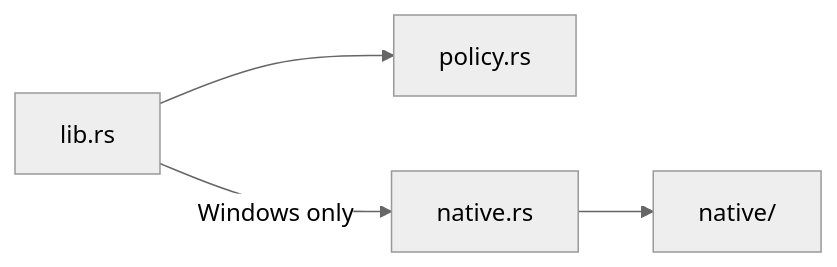
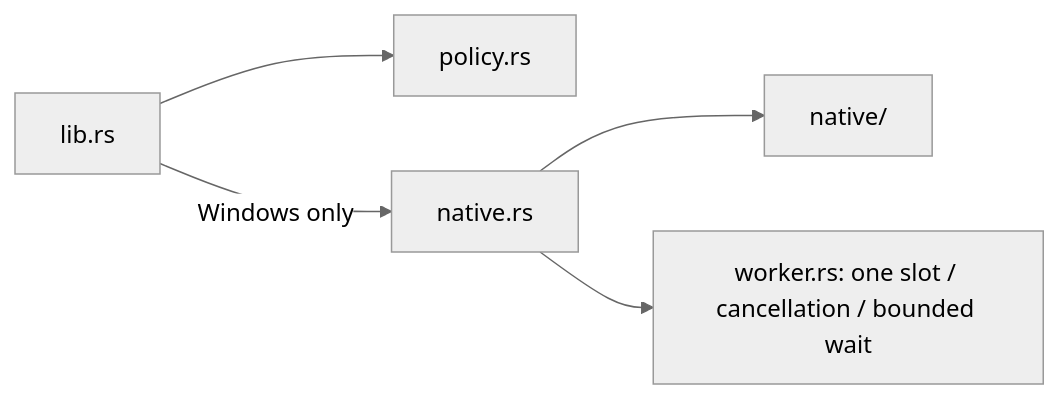
Before and after one commit to Harwasch/voiceremote: the diagram in SW/desktop/crates/inject-windows/src/README.md, drawn with Mermaid (neutral theme). The commit also changed other lines of this file and 27 other files, not shown here.

````diff
--- a/SW/desktop/crates/inject-windows/src/README.md
+++ b/SW/desktop/crates/inject-windows/src/README.md
@@ -1,6 +1,7 @@
 ```mermaid
 flowchart LR
     Lib[lib.rs] --> Policy[policy.rs]
     Lib -->|Windows only| Native[native.rs]
     Native --> APIs[native/]
+    Native --> Worker[worker.rs: one slot / cancellation / bounded wait]
 ```
````
